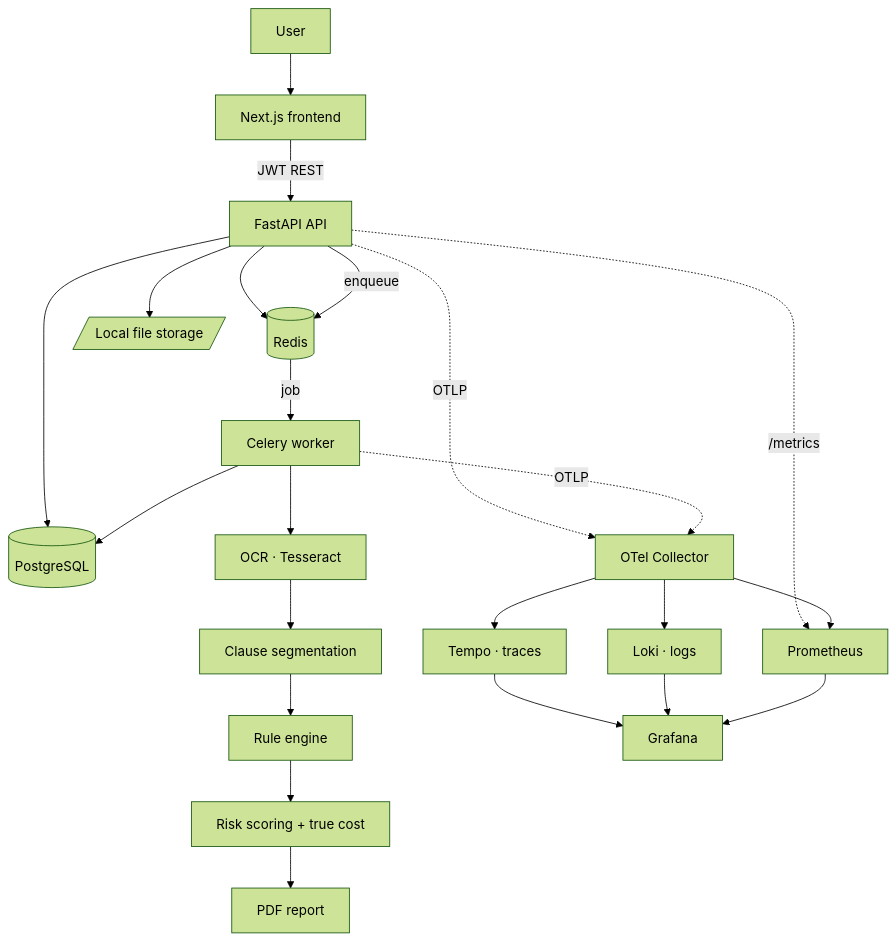
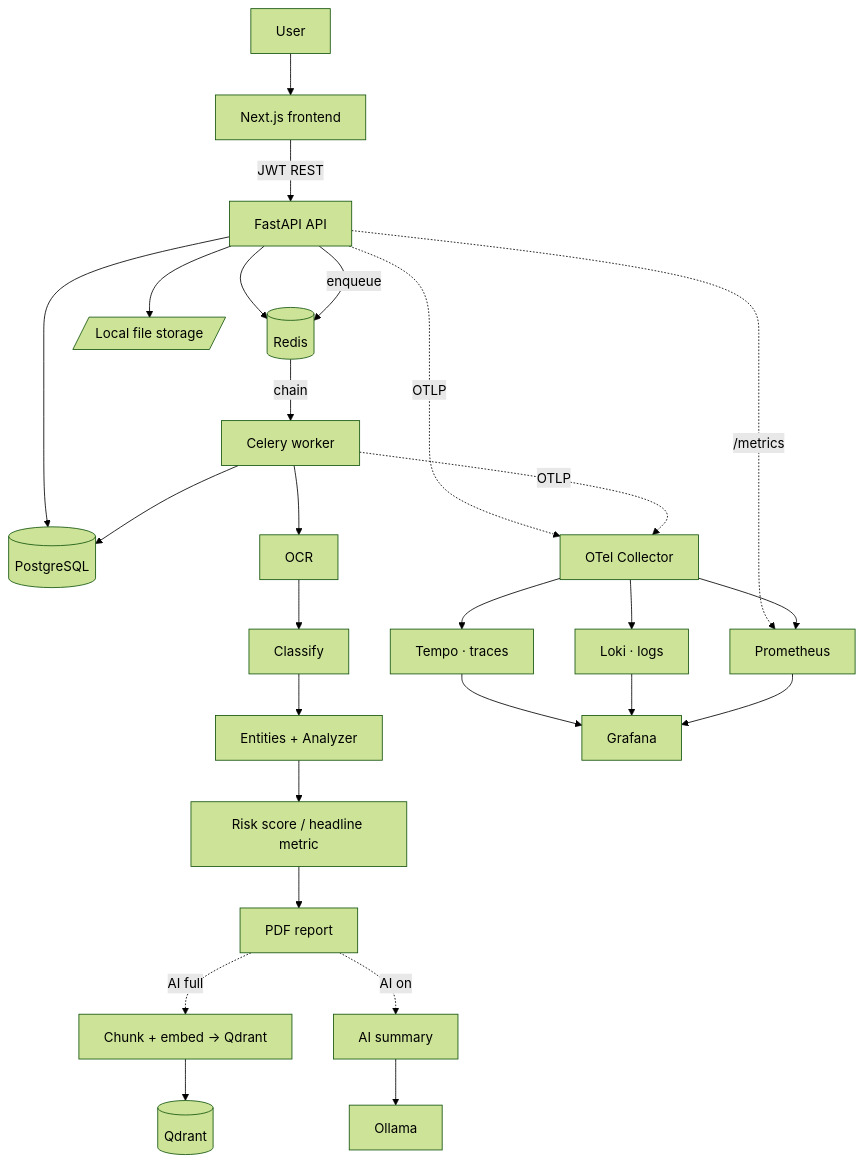
Before and after one commit to mithunveluru/clearclause: the diagram in README.md, drawn with Mermaid (forest theme). The commit also changed other lines of this file and 3 other files, not shown here.

````diff
--- a/README.md
+++ b/README.md
@@ -44,23 +54,27 @@
 ```mermaid
 flowchart TD
     U[User] --> FE[Next.js frontend]
     FE -->|JWT REST| API[FastAPI API]
     API --> PG[(PostgreSQL)]
     API --> RD[(Redis)]
     API --> FS[/Local file storage/]
     API -->|enqueue| RD
-    RD -->|job| W[Celery worker]
-    W --> OCR[OCR · Tesseract]
-    OCR --> SEG[Clause segmentation]
-    SEG --> DET[Rule engine]
-    DET --> SCORE[Risk scoring + true cost]
+    RD -->|chain| W[Celery worker]
+    W --> OCR[OCR]
+    OCR --> CLS[Classify]
+    CLS --> EXT[Entities + Analyzer]
+    EXT --> SCORE[Risk score / headline metric]
     SCORE --> REP[PDF report]
+    REP -.AI full.-> CE[Chunk + embed → Qdrant]
+    REP -.AI on.-> AIS[AI summary]
+    CE --> QDR[(Qdrant)]
+    AIS --> OLL[Ollama]
     W --> PG
     API -.OTLP.-> COL[OTel Collector]
     W -.OTLP.-> COL
     COL --> TEMPO[Tempo · traces]
     COL --> LOKI[Loki · logs]
     API -. /metrics .-> PROM[Prometheus]
     COL --> PROM
     TEMPO & LOKI & PROM --> GRAF[Grafana]
 ```
````
